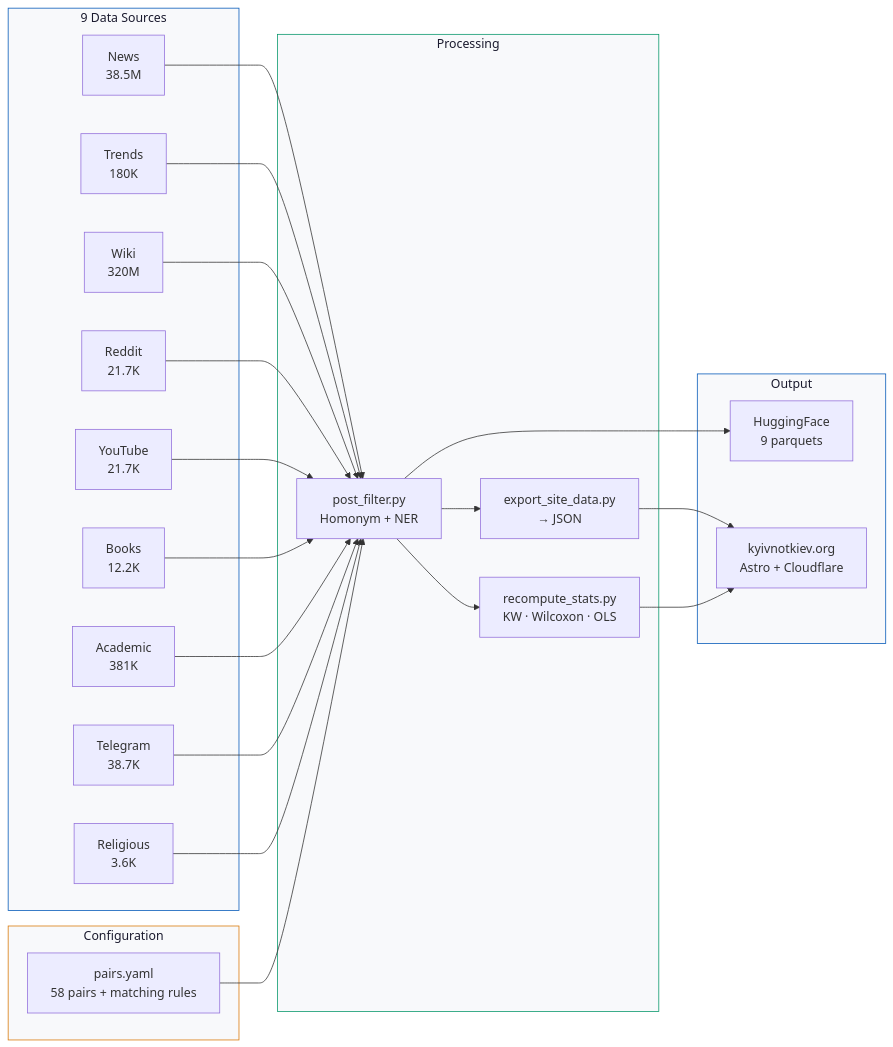
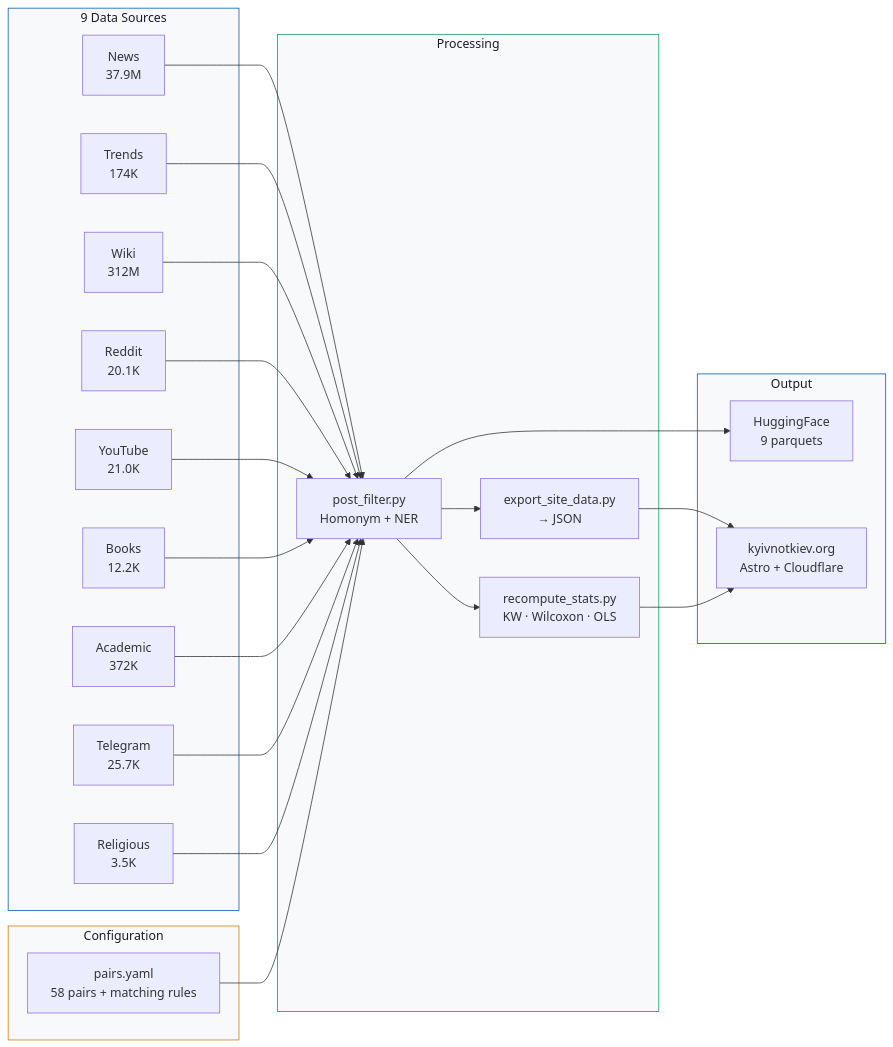
One commit to IvanDobrovolsky/kyivnotkiev changed the diagram in README.md. Above: the diagram before and after it, drawn with Mermaid. The commit also changed other lines of this file and 10 other files, not shown here.

````diff
--- a/README.md
+++ b/README.md
@@ -48,39 +48,39 @@
 ```mermaid
 graph LR
     subgraph Sources["9 Data Sources"]
         style Sources fill:#f8f9fb,stroke:#0057B8,color:#1a1a2e
-        GDELT["News<br/>38.5M"]
-        Trends["Trends<br/>180K"]
-        Wiki["Wiki<br/>320M"]
-        Reddit["Reddit<br/>21.7K"]
-        YT["YouTube<br/>21.7K"]
+        GDELT["News<br/>37.9M"]
+        Trends["Trends<br/>174K"]
+        Wiki["Wiki<br/>312M"]
+        Reddit["Reddit<br/>20.1K"]
+        YT["YouTube<br/>21.0K"]
         Ngrams["Books<br/>12.2K"]
-        OA["Academic<br/>381K"]
-        TG["Telegram<br/>38.7K"]
-        Rel["Religious<br/>3.6K"]
+        OA["Academic<br/>372K"]
+        TG["Telegram<br/>25.7K"]
+        Rel["Religious<br/>3.5K"]
     end
 
     subgraph Config["Configuration"]
         style Config fill:#f8f9fb,stroke:#d97706,color:#1a1a2e
         Pairs["pairs.yaml<br/>58 pairs + matching rules"]
     end
 
     subgraph Processing["Processing"]
         style Processing fill:#f8f9fb,stroke:#059669,color:#1a1a2e
         PostFilter["post_filter.py<br/>Homonym + NER"]
         Export["export_site_data.py<br/>→ JSON"]
         Stats["recompute_stats.py<br/>KW · Wilcoxon · OLS"]
     end
 
     subgraph Output["Output"]
         style Output fill:#f8f9fb,stroke:#0057B8,color:#1a1a2e
         HF["HuggingFace<br/>9 parquets"]
         Site["kyivnotkiev.org<br/>Astro + Cloudflare"]
     end
 
     GDELT & Trends & Wiki & Reddit & YT & Ngrams & OA & TG & Rel --> PostFilter
     Pairs --> PostFilter
     PostFilter --> Export --> Site
     PostFilter --> Stats --> Site
     PostFilter --> HF
 ```
````
